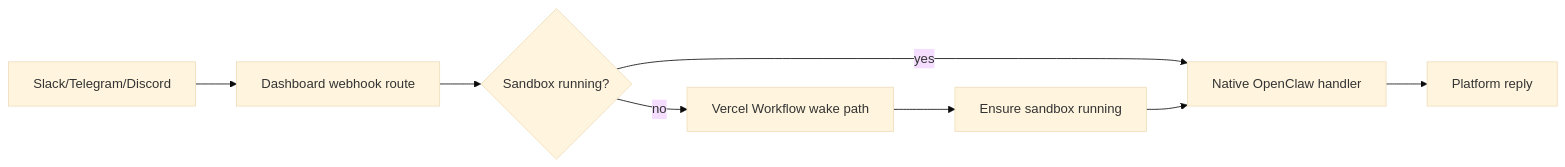
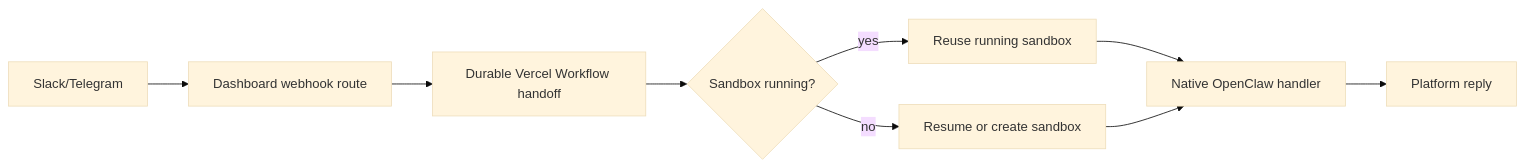
The third of 3 diagrams in docs/getting-started/operational-paths.md (steipete/vercel-openclaw), drawn with Mermaid (base theme) before and after one commit. The commit also changed other lines of this file and 93 other files, not shown here.

````diff
--- a/docs/getting-started/operational-paths.md
+++ b/docs/getting-started/operational-paths.md
@@ -59,10 +59,11 @@
 ```mermaid
 flowchart LR
-  Platform[Slack/Telegram/Discord] --> Webhook[Dashboard webhook route]
-  Webhook --> FastPath{Sandbox running?}
-  FastPath -->|yes| Native[Native OpenClaw handler]
-  FastPath -->|no| Workflow[Vercel Workflow wake path]
-  Workflow --> Sandbox[Ensure sandbox running]
-  Sandbox --> Native
+  Platform[Slack/Telegram] --> Webhook[Dashboard webhook route]
+  Webhook --> Workflow[Durable Vercel Workflow handoff]
+  Workflow --> SandboxState{Sandbox running?}
+  SandboxState -->|yes| Reuse[Reuse running sandbox]
+  SandboxState -->|no| Wake[Resume or create sandbox]
+  Reuse --> Native[Native OpenClaw handler]
+  Wake --> Native
   Native --> Reply[Platform reply]
 ```
````
